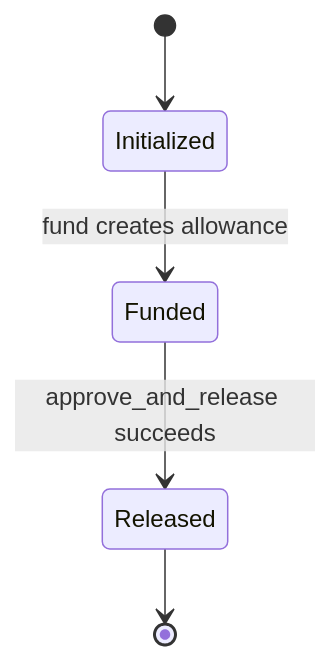
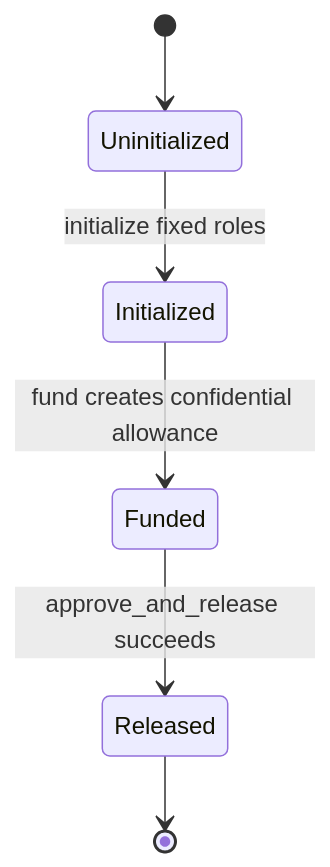
One commit to Trustless-Work/privacy-poc changed the third of 4 diagrams in docs/architecture.md. Above: the diagram before and after it, drawn with Mermaid. The commit also changed other lines of this file, not shown here.

Commit message:
Rewrite privacy PoC architecture

````diff
--- a/docs/architecture.md
+++ b/docs/architecture.md
@@ -55,7 +103,8 @@
 ```mermaid
 stateDiagram-v2
-    [*] --> Initialized
-    Initialized --> Funded: fund creates allowance
+    [*] --> Uninitialized
+    Uninitialized --> Initialized: initialize fixed roles
+    Initialized --> Funded: fund creates confidential allowance
     Funded --> Released: approve_and_release succeeds
     Released --> [*]
 ```
````
